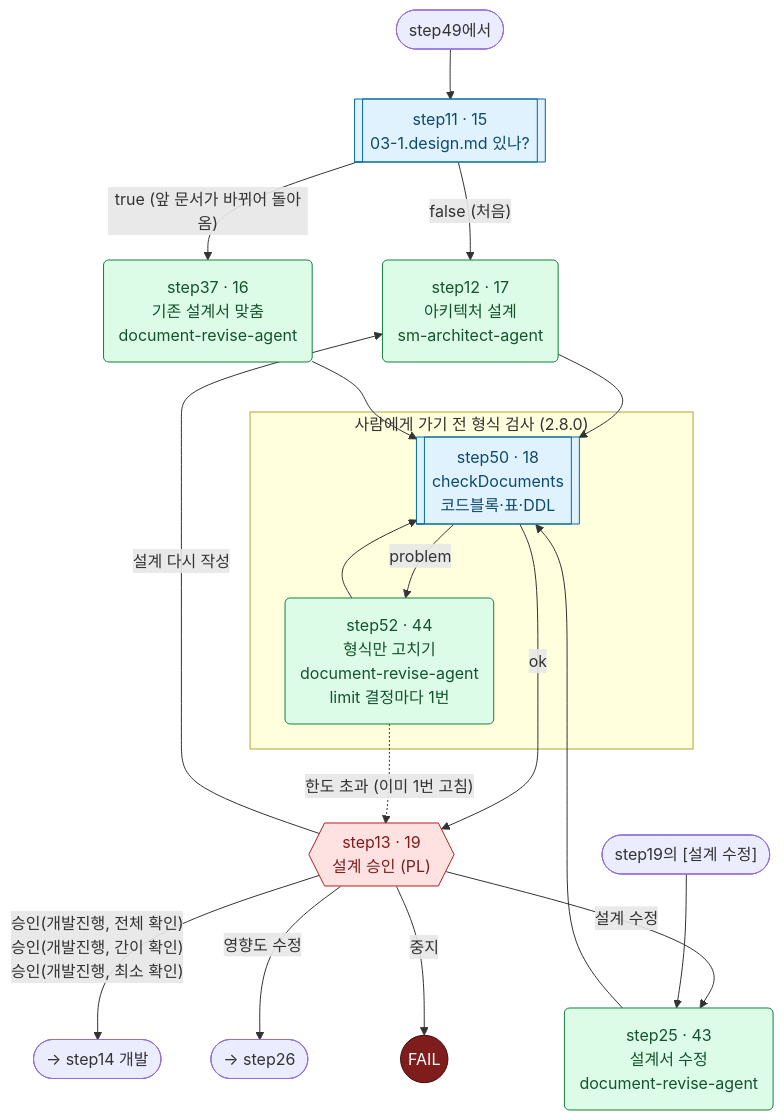
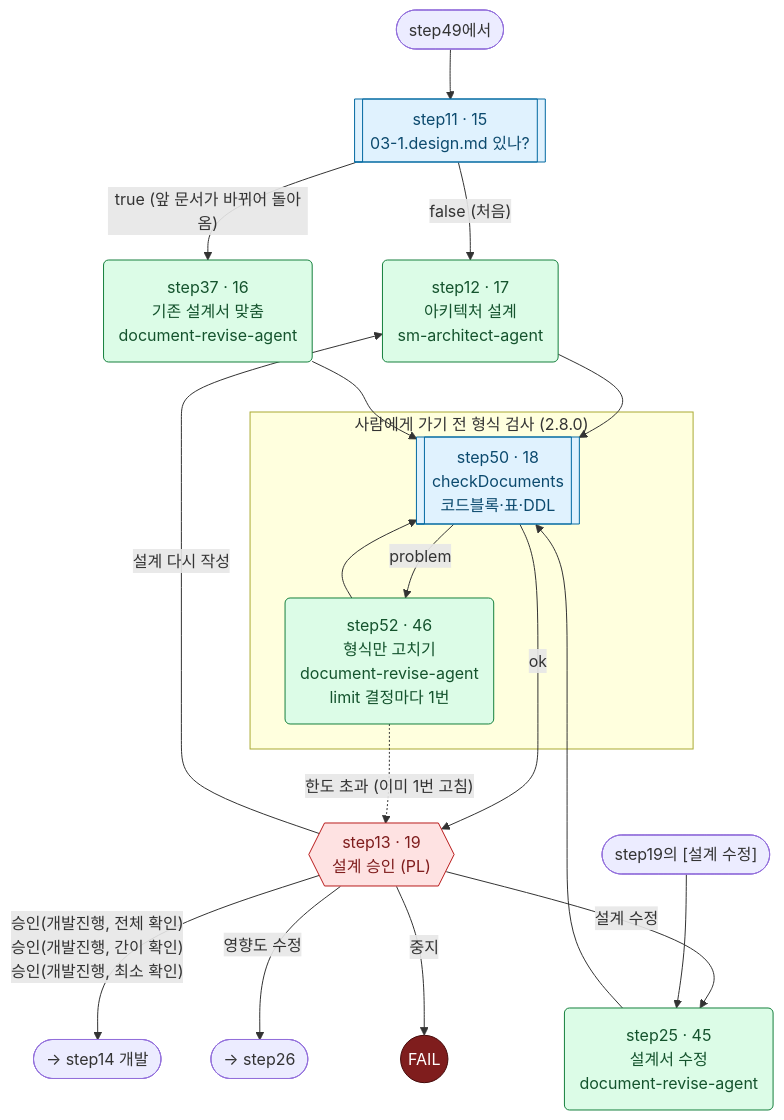
One commit to YongSoekChoeng/dstone changed the tenth of 24 diagrams in docs/09.dstone-ai-engine-sm-workflow.md. Above: the diagram before and after it, drawn with Mermaid. The commit also changed other lines of this file and 9 other files, not shown here.

````diff
--- a/docs/09.dstone-ai-engine-sm-workflow.md
+++ b/docs/09.dstone-ai-engine-sm-workflow.md
@@ -749,30 +752,30 @@
 ```mermaid
 flowchart TD
     IN(["step49에서"]) --> step11[["step11 · 15<br/>03-1.design.md 있나?"]]:::route
     step11 -->|"false (처음)"| step12("step12 · 17<br/>아키텍처 설계<br/>sm-architect-agent"):::agent
     step11 -->|"true (앞 문서가 바뀌어 돌아옴)"| step37("step37 · 16<br/>기존 설계서 맞춤<br/>document-revise-agent"):::agent
     step12 --> step50
     step37 --> step50
-    step25("step25 · 43<br/>설계서 수정<br/>document-revise-agent"):::agent --> step50
+    step25("step25 · 45<br/>설계서 수정<br/>document-revise-agent"):::agent --> step50
 
     subgraph CHK["사람에게 가기 전 형식 검사 (2.8.0)"]
         step50[["step50 · 18<br/>checkDocuments<br/>코드블록·표·DDL"]]:::route
-        step52("step52 · 44<br/>형식만 고치기<br/>document-revise-agent<br/>limit 결정마다 1번"):::agent
+        step52("step52 · 46<br/>형식만 고치기<br/>document-revise-agent<br/>limit 결정마다 1번"):::agent
         step50 -->|problem| step52
         step52 --> step50
     end
 
     step50 -->|ok| step13{{"step13 · 19<br/>설계 승인 (PL)"}}:::appr
     step52 -.->|"한도 초과 (이미 1번 고침)"| step13
     step13 -->|"승인(개발진행, 전체 확인)<br/>승인(개발진행, 간이 확인)<br/>승인(개발진행, 최소 확인)"| DEV(["→ step14 개발"])
     step13 -->|설계 수정| step25
     step13 -->|설계 다시 작성| step12
     step13 -->|영향도 수정| IMP(["→ step26"])
     step13 -->|중지| FAIL((FAIL)):::bad
     FROM(["step19의 [설계 수정]"]) --> step25
 
     classDef route fill:#e0f2fe,stroke:#0369a1,color:#0c4a6e
     classDef agent fill:#dcfce7,stroke:#15803d,color:#14532d
     classDef appr fill:#fee2e2,stroke:#b91c1c,color:#7f1d1d
     classDef bad fill:#7f1d1d,stroke:#450a0a,color:#ffffff
 ```
````
